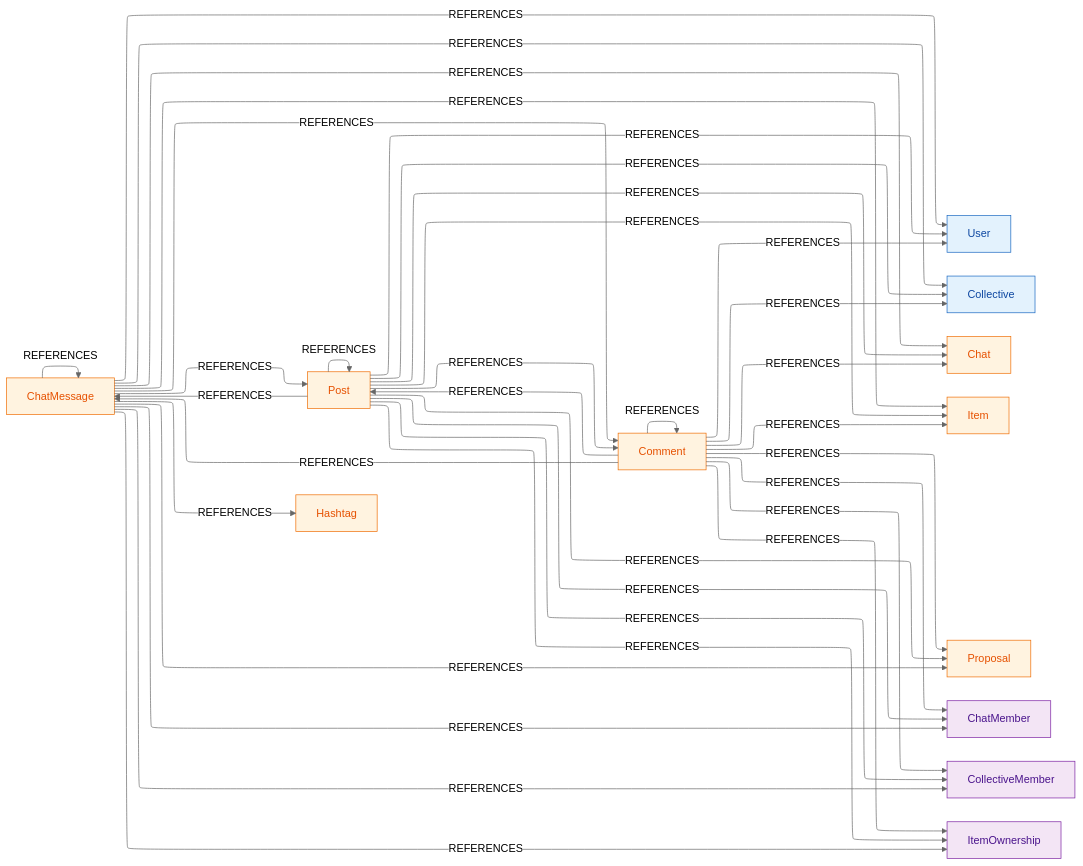
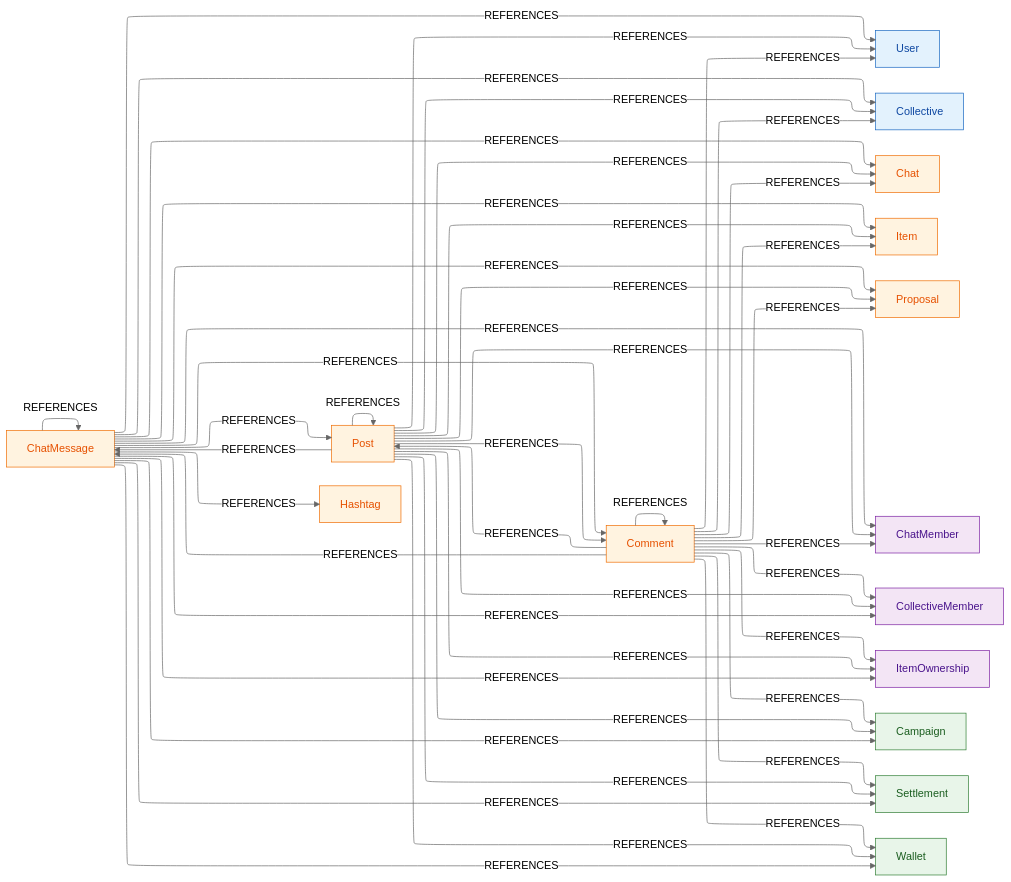
One commit to helping-kaiser/cogra changed the fifth of 7 diagrams in docs/primitive/structural-edge-map.md. Above: the diagram before and after it, drawn with Mermaid (neutral theme). The commit also changed other lines of this file and 5 other files, not shown here.

First line of the commit message:
docs(economics): propagate economics subsystem into schema & catalog docs

````diff
--- a/docs/primitive/structural-edge-map.md
+++ b/docs/primitive/structural-edge-map.md
@@ -274,58 +283,71 @@
 ```mermaid
 %%{init: {"flowchart": {"defaultRenderer": "elk"}} }%%
 flowchart LR
     ChatMessage[ChatMessage]:::content
     Post[Post]:::content
     Comment[Comment]:::content
 
     User[User]:::actor
     Collective[Collective]:::actor
     Chat[Chat]:::content
     Item[Item]:::content
     Hashtag[Hashtag]:::content
     Proposal[Proposal]:::content
     ChatMember[ChatMember]:::junction
     CollectiveMember[CollectiveMember]:::junction
     ItemOwnership[ItemOwnership]:::junction
+    Campaign[Campaign]:::economics
+    Settlement[Settlement]:::economics
+    Wallet[Wallet]:::economics
 
     ChatMessage -->|REFERENCES| User
     ChatMessage -->|REFERENCES| Collective
     ChatMessage -->|REFERENCES| Post
     ChatMessage -->|REFERENCES| Comment
     ChatMessage -->|REFERENCES| Chat
     ChatMessage -->|REFERENCES| ChatMessage
     ChatMessage -->|REFERENCES| Item
     ChatMessage -->|REFERENCES| Hashtag
     ChatMessage -->|REFERENCES| Proposal
     ChatMessage -->|REFERENCES| ChatMember
     ChatMessage -->|REFERENCES| CollectiveMember
     ChatMessage -->|REFERENCES| ItemOwnership
+    ChatMessage -->|REFERENCES| Campaign
+    ChatMessage -->|REFERENCES| Settlement
+    ChatMessage -->|REFERENCES| Wallet
 
     Post -->|REFERENCES| User
     Post -->|REFERENCES| Collective
     Post -->|REFERENCES| Post
     Post -->|REFERENCES| Comment
     Post -->|REFERENCES| Chat
     Post -->|REFERENCES| ChatMessage
     Post -->|REFERENCES| Item
     Post -->|REFERENCES| Proposal
     Post -->|REFERENCES| ChatMember
     Post -->|REFERENCES| CollectiveMember
     Post -->|REFERENCES| ItemOwnership
+    Post -->|REFERENCES| Campaign
+    Post -->|REFERENCES| Settlement
+    Post -->|REFERENCES| Wallet
 
     Comment -->|REFERENCES| User
     Comment -->|REFERENCES| Collective
     Comment -->|REFERENCES| Post
     Comment -->|REFERENCES| Comment
     Comment -->|REFERENCES| Chat
     Comment -->|REFERENCES| ChatMessage
     Comment -->|REFERENCES| Item
     Comment -->|REFERENCES| Proposal
     Comment -->|REFERENCES| ChatMember
     Comment -->|REFERENCES| CollectiveMember
     Comment -->|REFERENCES| ItemOwnership
+    Comment -->|REFERENCES| Campaign
+    Comment -->|REFERENCES| Settlement
+    Comment -->|REFERENCES| Wallet
 
-    classDef actor    fill:#e3f2fd,stroke:#1565c0,color:#0d47a1;
-    classDef content  fill:#fff3e0,stroke:#ef6c00,color:#e65100;
-    classDef junction fill:#f3e5f5,stroke:#7b1fa2,color:#4a148c;
+    classDef actor     fill:#e3f2fd,stroke:#1565c0,color:#0d47a1;
+    classDef content   fill:#fff3e0,stroke:#ef6c00,color:#e65100;
+    classDef junction  fill:#f3e5f5,stroke:#7b1fa2,color:#4a148c;
+    classDef economics fill:#e8f5e9,stroke:#2e7d32,color:#1b5e20;
 ```
````
